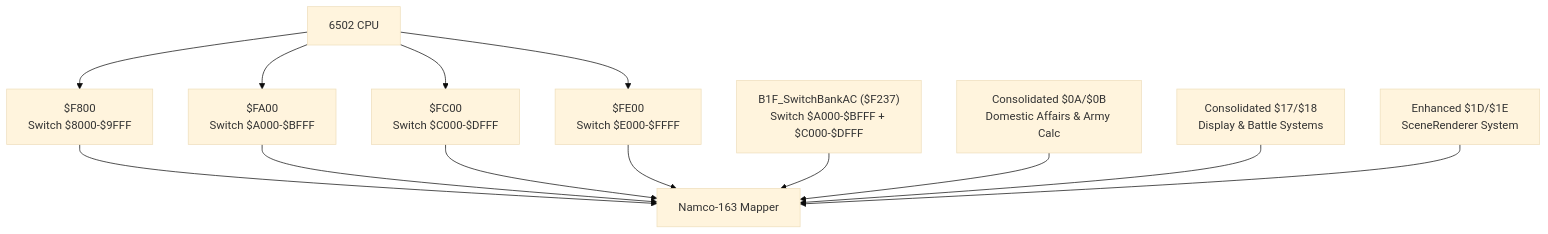
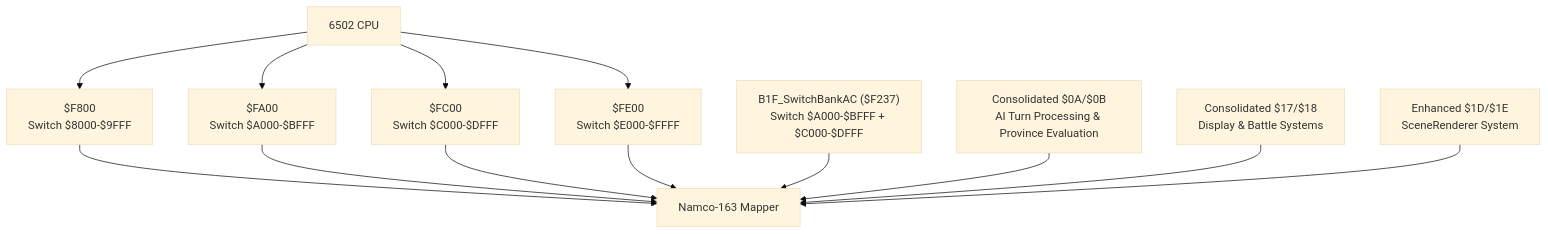
Before and after one commit to rabbyzero/sango2dasm: the second of 3 diagrams in .qoder/repowiki/en/content/Assembly Architecture/Bank Organization and Memory Layout.md, drawn with Mermaid (base theme). The commit also changed other lines of this file and 5 other files, not shown here.

````diff
--- a/.qoder/repowiki/en/content/Assembly Architecture/Bank Organization and Memory Layout.md
+++ b/.qoder/repowiki/en/content/Assembly Architecture/Bank Organization and Memory Layout.md
@@ -126,25 +124,25 @@
 ```mermaid
 graph TB
 CPU["6502 CPU"]
 MAPPER["Namco-163 Mapper"]
 REG8000["$F800<br/>Switch $8000-$9FFF"]
 REGA000["$FA00<br/>Switch $A000-$BFFF"]
 REGC000["$FC00<br/>Switch $C000-$DFFF"]
 REGE000["$FE00<br/>Switch $E000-$FFFF"]
 SWITCHAC["B1F_SwitchBankAC ($F237)<br/>Switch $A000-$BFFF + $C000-$DFFF"]
-SWITCH0A0B["Consolidated $0A/$0B<br/>Domestic Affairs & Army Calc"]
+SWITCH0A0B["Consolidated $0A/$0B<br/>AI Turn Processing & Province Evaluation"]
 SWITCH1718["Consolidated $17/$18<br/>Display & Battle Systems"]
 SWITCH1D1E["Enhanced $1D/$1E<br/>SceneRenderer System"]
 CPU --> REG8000
 CPU --> REGA000
 CPU --> REGC000
 CPU --> REGE000
 REG8000 --> MAPPER
 REGA000 --> MAPPER
 REGC000 --> MAPPER
 REGE000 --> MAPPER
 SWITCHAC --> MAPPER
 SWITCH0A0B --> MAPPER
 SWITCH1718 --> MAPPER
 SWITCH1D1E --> MAPPER
 ```
````
